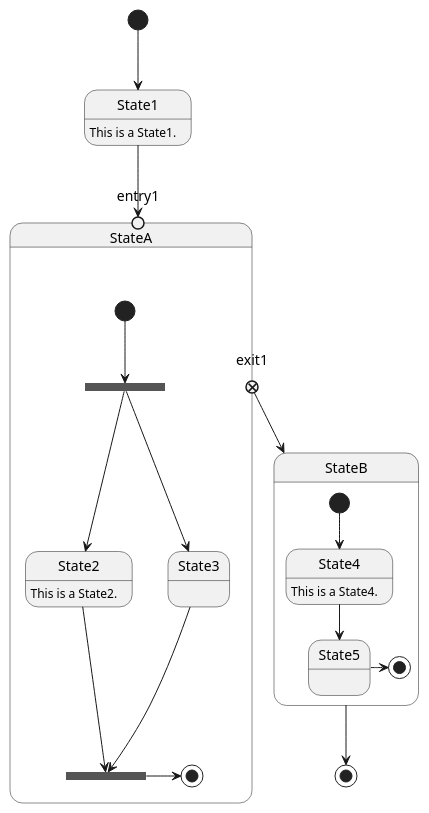
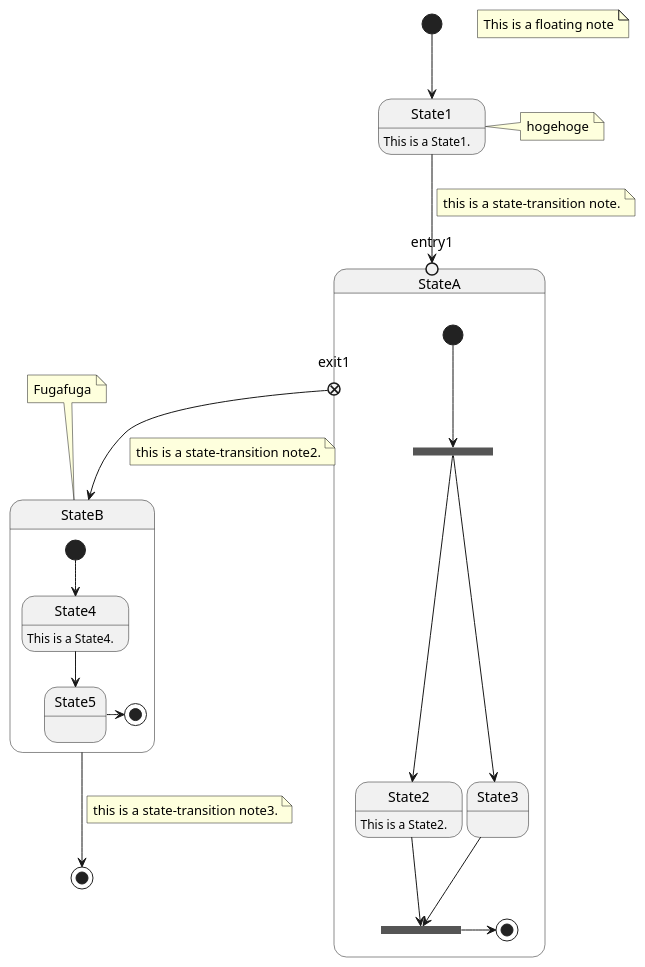
Before and after one commit to communication-engineer-ikz/plant-uml-playground: the diagram in state-diagram.pu, drawn with PlantUML.

Commit message:
注釈を追加

```diff
--- a/state-diagram.pu
+++ b/state-diagram.pu
@@ -1,38 +1,44 @@
 @startuml state-diagram
 hide empty description
 
 State1: This is a State1.
 
 state StateA {
     State2: This is a State2.
     State3:
 
     state entry1 <<entryPoint>>
     state exit1 <<exitPoint>>
 
     state forkState1 <<fork>>
     state joinState1 <<join>>
 
     [*] --> forkState1
     forkState1 --> State2 
     forkState1 --> State3 
     State2 --> joinState1
     State3 --> joinState1
     joinState1 -> [*]
 }
 
 state StateB {
     State4: This is a State4.
     State5:
 
     [*] --> State4
     State4 --> State5
     State5 -> [*]
 }
 
 [*] --> State1
 State1 --> entry1
+note on link: this is a state-transition note.
 exit1 --> StateB
+note on link: this is a state-transition note2.
 StateB --> [*]
+note on link: this is a state-transition note3.
 
+note right of State1: hogehoge
+note top of StateB: Fugafuga
+note "This is a floating note" as note
 @enduml
```
